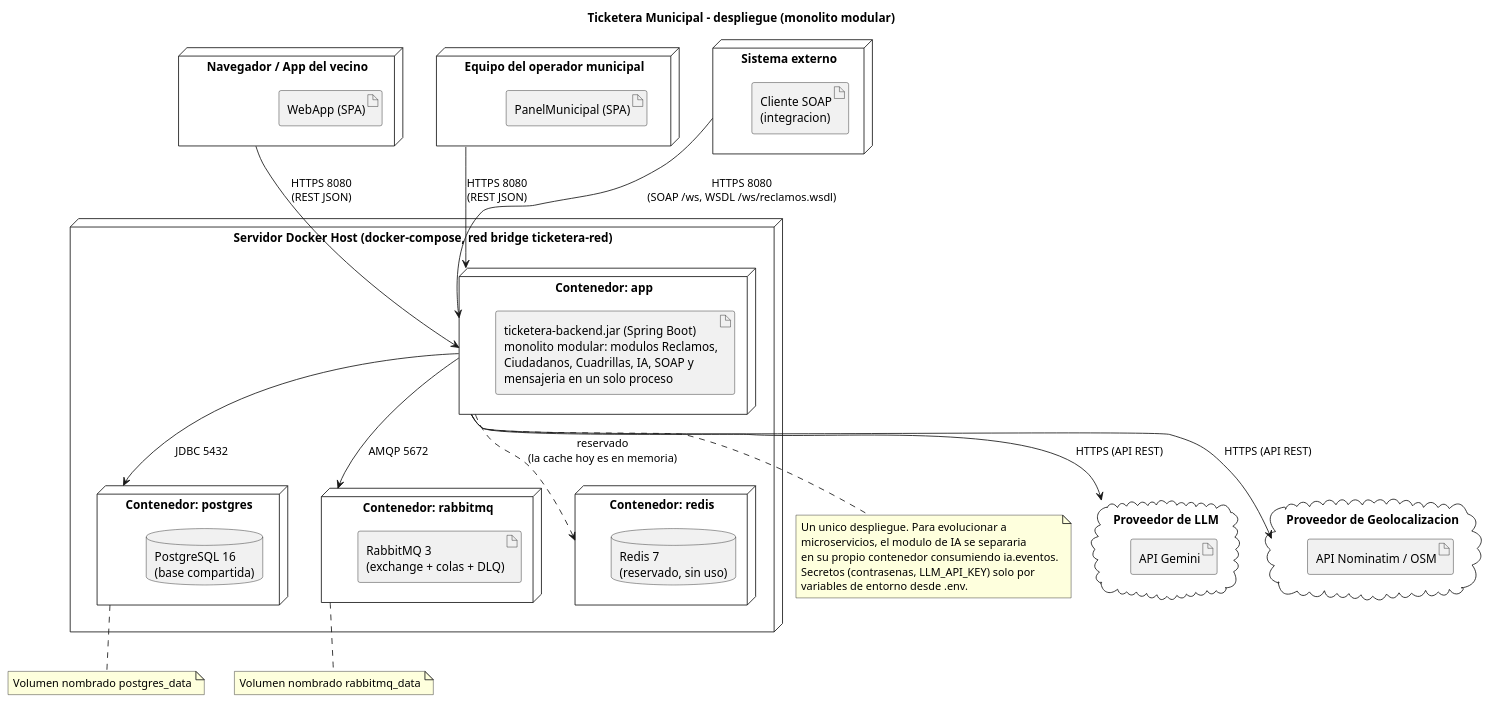
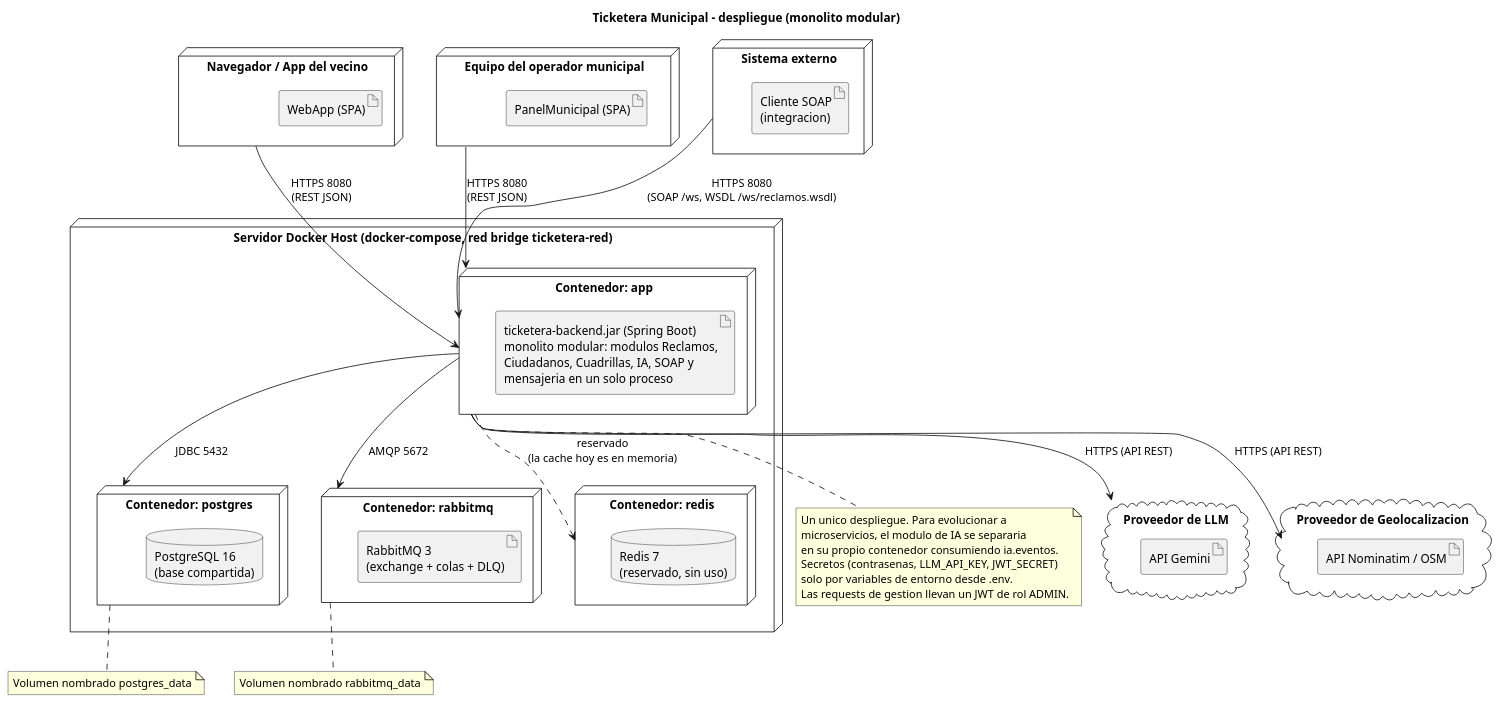
One commit to francolovera24/Backend-TicketeraMunicipal-DDA2 changed the diagram in docs/05_diagrama_despliegue.puml. Above: the diagram before and after it, drawn with PlantUML. The commit also changed 8 other files, not shown here.

First line of the commit message:
Auth bloque 6: diagramas y documentacion

```diff
--- a/docs/05_diagrama_despliegue.puml
+++ b/docs/05_diagrama_despliegue.puml
@@ -1,68 +1,69 @@
 @startuml
 title Ticketera Municipal - despliegue (monolito modular)
 
 node "Navegador / App del vecino" as ClienteVecino {
     artifact "WebApp (SPA)" as artWebApp
 }
 
 node "Equipo del operador municipal" as ClienteMunicipal {
     artifact "PanelMunicipal (SPA)" as artPanel
 }
 
 node "Sistema externo" as ClienteSoap {
     artifact "Cliente SOAP\n(integracion)" as artSoap
 }
 
 node "Servidor Docker Host (docker-compose, red bridge ticketera-red)" as DockerHost {
 
     node "Contenedor: app" as AppContainer {
         artifact "ticketera-backend.jar (Spring Boot)\nmonolito modular: modulos Reclamos,\nCiudadanos, Cuadrillas, IA, SOAP y\nmensajeria en un solo proceso" as artApp
     }
 
     node "Contenedor: postgres" as PgContainer {
         database "PostgreSQL 16\n(base compartida)" as artDB
     }
 
     node "Contenedor: rabbitmq" as MqContainer {
         artifact "RabbitMQ 3\n(exchange + colas + DLQ)" as artMq
     }
 
     node "Contenedor: redis" as RedisContainer {
         database "Redis 7\n(reservado, sin uso)" as artRedis
     }
 }
 
 cloud "Proveedor de LLM" as NodoLLM {
     artifact "API Gemini" as artLLM
 }
 
 cloud "Proveedor de Geolocalizacion" as NodoGeo {
     artifact "API Nominatim / OSM" as artGeo
 }
 
 note bottom of AppContainer
   Un unico despliegue. Para evolucionar a
   microservicios, el modulo de IA se separaria
   en su propio contenedor consumiendo ia.eventos.
-  Secretos (contrasenas, LLM_API_KEY) solo por
-  variables de entorno desde .env.
+  Secretos (contrasenas, LLM_API_KEY, JWT_SECRET)
+  solo por variables de entorno desde .env.
+  Las requests de gestion llevan un JWT de rol ADMIN.
 end note
 
 note bottom of PgContainer
   Volumen nombrado postgres_data
 end note
 
 note bottom of MqContainer
   Volumen nombrado rabbitmq_data
 end note
 
 ClienteVecino --> AppContainer : HTTPS 8080\n(REST JSON)
 ClienteMunicipal --> AppContainer : HTTPS 8080\n(REST JSON)
 ClienteSoap --> AppContainer : HTTPS 8080\n(SOAP /ws, WSDL /ws/reclamos.wsdl)
 
 AppContainer --> PgContainer : JDBC 5432
 AppContainer --> MqContainer : AMQP 5672
 AppContainer ..> RedisContainer : reservado\n(la cache hoy es en memoria)
 AppContainer --> NodoLLM : HTTPS (API REST)
 AppContainer --> NodoGeo : HTTPS (API REST)
 @enduml
```
